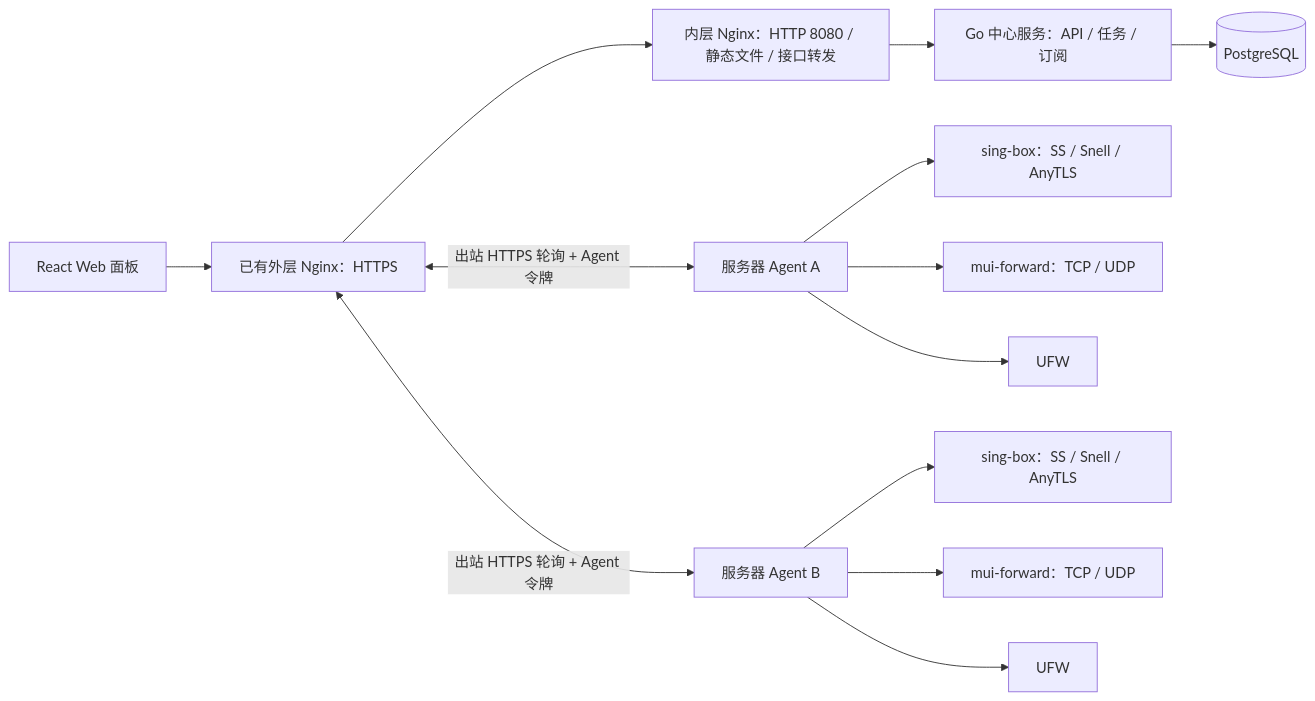
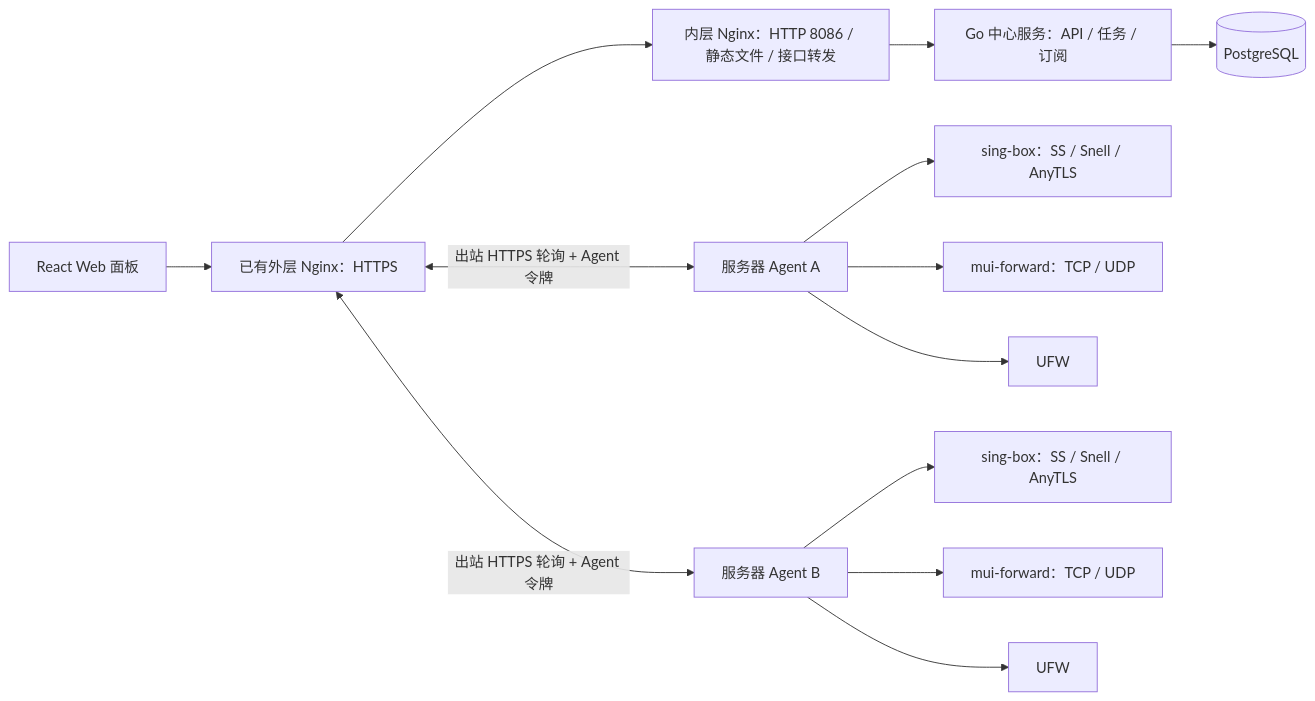
The diagram in DESIGN.md (beanmtcat/mui), drawn with Mermaid before and after one commit. The commit also changed other lines of this file and 17 other files, not shown here.

````diff
--- a/DESIGN.md
+++ b/DESIGN.md
@@ -16,15 +16,15 @@
 ```mermaid
 flowchart LR
     UI[React Web 面板] --> EDGE[已有外层 Nginx：HTTPS]
-    EDGE --> WEB[内层 Nginx：HTTP 8080 / 静态文件 / 接口转发]
+    EDGE --> WEB[内层 Nginx：HTTP 8086 / 静态文件 / 接口转发]
     WEB --> API[Go 中心服务：API / 任务 / 订阅]
     API --> DB[(PostgreSQL)]
     EDGE <-->|出站 HTTPS 轮询 + Agent 令牌| A1[服务器 Agent A]
     EDGE <-->|出站 HTTPS 轮询 + Agent 令牌| A2[服务器 Agent B]
     A1 --> SB1[sing-box：SS / Snell / AnyTLS]
     A1 --> PF1[mui-forward：TCP / UDP]
     A1 --> FW1[UFW]
     A2 --> SB2[sing-box：SS / Snell / AnyTLS]
     A2 --> PF2[mui-forward：TCP / UDP]
     A2 --> FW2[UFW]
 ```
````
